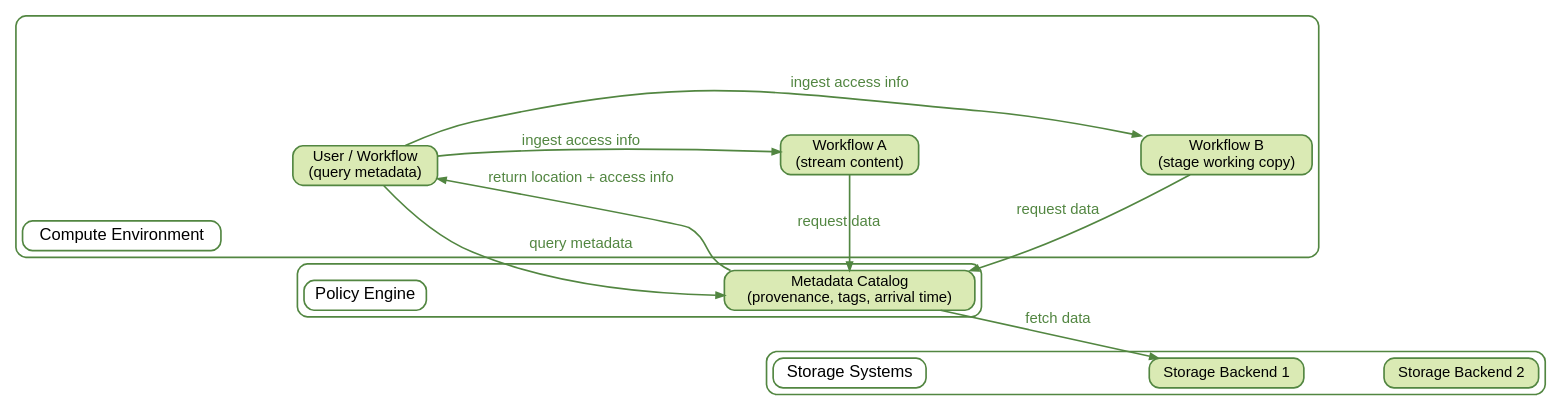
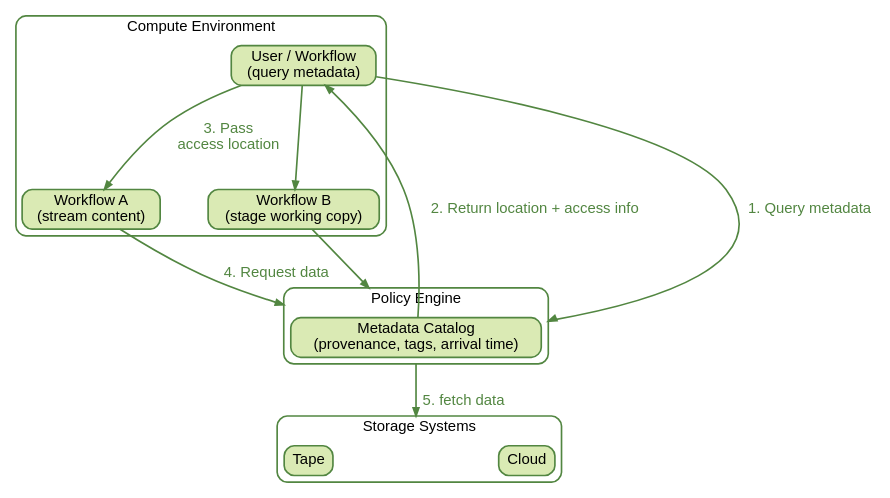
Before and after one commit to chStaiger/rdm-tech-foundations: the sixth of 6 diagrams in book/policy-engines.qmd, drawn with Graphviz. The commit also changed other lines of this file and 3 other files, not shown here.

```diff
--- a/book/policy-engines.qmd
+++ b/book/policy-engines.qmd
@@ -747,12 +594,13 @@
 digraph metadata_query_flow {
 
     graph [
-        rankdir=LR,
+        rankdir=TB,
         bgcolor="white",
         fontname="Helvetica",
         fontsize=18,
         nodesep=0.8,
-        ranksep=1.2
+        ranksep=1.2,
+        compound=true
     ];
 
     node [
@@ -777,102 +625,56 @@
     // Storage Systems cluster
     // ----------------------------------------------------
     subgraph cluster_storage {
-        label="";
+        label="Storage Systems";
         color="#528641";
         penwidth=2;
         style="rounded";
 
-        StorageHeader [
-            label="Storage Systems",
-            shape=box,
-            style="rounded",
-            color="#528641",
-            fillcolor="white",
-            penwidth=2,
-            fontsize=20
-        ];
-
-        S1 [label="Storage Backend 1"];
-        S2 [label="Storage Backend 2"];
-
-        // Vertical stacking
-        StorageHeader -> S1 [style=invis, weight=50];
-        S1           -> S2 [style=invis, weight=50];
+        S1 [label="Cloud"];
+        dummy [style=invis]
+        S2 [label="Tape"];
     }
 
     // ----------------------------------------------------
     // Policy Engine cluster
     // ----------------------------------------------------
     subgraph cluster_policy_engine {
-        label="";
+        label="Policy Engine";
         color="#528641";
         penwidth=2;
         style="rounded";
 
-        PEHeader [
-            label="Policy Engine",
-            shape=box,
-            style="rounded",
-            color="#528641",
-            fillcolor="white",
-            penwidth=2,
-            fontsize=20
-        ];
-
         Catalog [label="Metadata Catalog\n(provenance, tags, arrival time)"];
-
-        // Vertical stacking
-        PEHeader -> Catalog [style=invis, weight=50];
     }
 
     // ----------------------------------------------------
     // Compute Environment cluster
     // ----------------------------------------------------
     subgraph cluster_compute {
-        label="";
+        label="Compute Environment";
         color="#528641";
         penwidth=2;
         style="rounded";
 
-        ComputeHeader [
-            label="Compute Environment",
-            shape=box,
-            style="rounded",
-            color="#528641",
-            fillcolor="white",
-            penwidth=2,
-            fontsize=20
-        ];
-
         User   [label="User / Workflow\n(query metadata)"];
         Stream [label="Workflow A\n(stream content)"];
         Copy   [label="Workflow B\n(stage working copy)"];
-
-        // Vertical stacking
-        ComputeHeader -> User   [style=invis, weight=50];
-        User          -> Stream [style=invis, weight=50];
-        Stream        -> Copy   [style=invis, weight=50];
     }
 
-    // ----------------------------------------------------
-    // Align clusters horizontally (TB mode)
-    // ----------------------------------------------------
-    ComputeHeader -> PEHeader      [style=invis, weight=200];
-    PEHeader      -> StorageHeader [style=invis, weight=200];
 
     // ----------------------------------------------------
-    // Visible edges (actual interactions)
+    // Visible edges 
     // ----------------------------------------------------
-    User   -> Catalog [label="query metadata"];
-    Catalog -> User   [label="return location + access info"];
+    User   -> Catalog [label="1. Query metadata", lhead="cluster_policy_engine"];
+    Catalog -> User   [label="2. Return location + access info"];
 
-    User   -> Stream  [label="ingest access info"];
-    User   -> Copy    [label="ingest access info"];
+    User   -> Stream  [label="3. Pass\naccess location"];
+    User   -> Copy ;
 
-    Stream -> Catalog [label="request data"];
-    Copy   -> Catalog [label="request data"];
+    Stream -> Catalog [label="4. Request data", lhead="cluster_policy_engine"];
+    Copy   -> Catalog [lhead="cluster_policy_engine"]
 
-    Catalog -> S1     [label="fetch data"];
+    Catalog -> dummy     [label="5. fetch data", lhead="cluster_storage", ltail="cluster_policy_engine"];
 }
 
 
```
